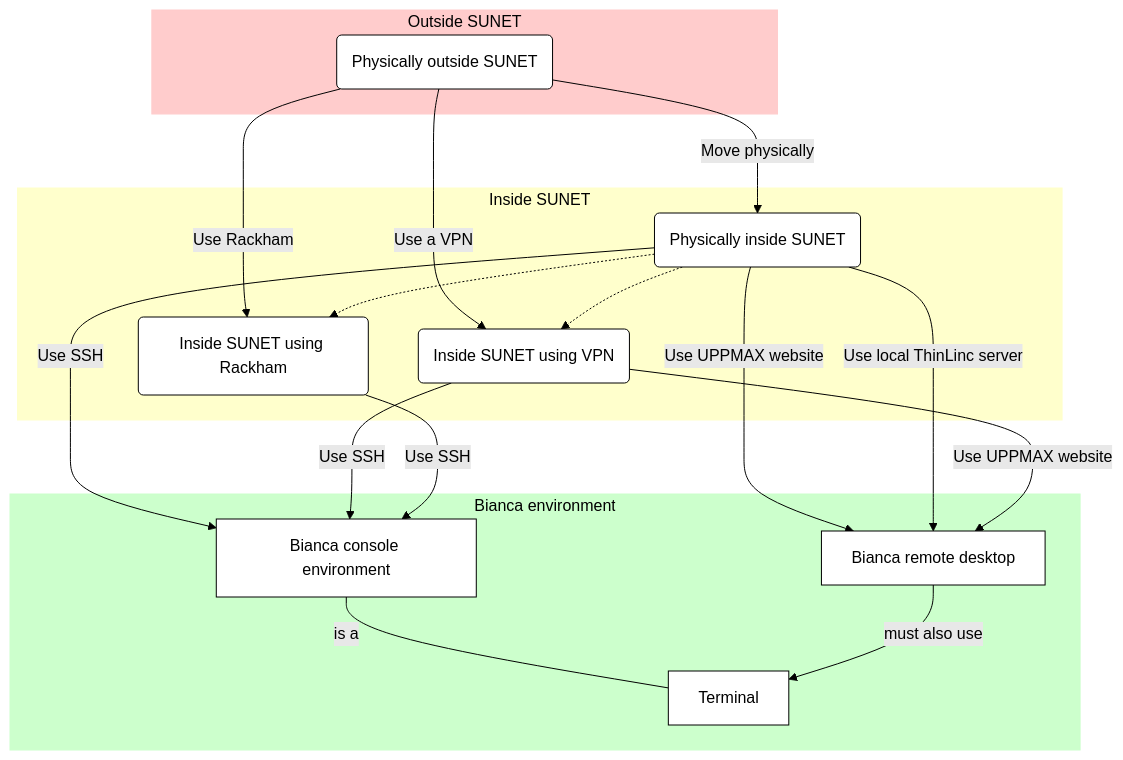
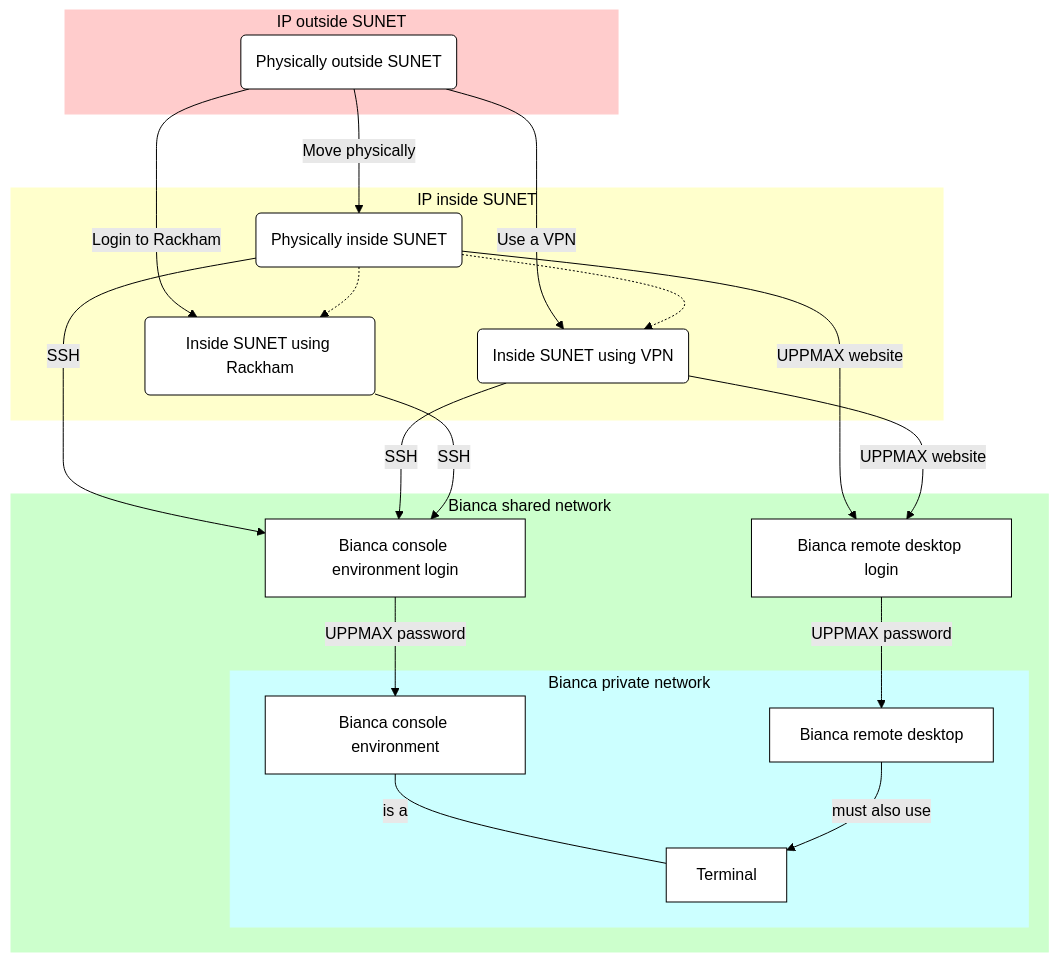
Before and after one commit to UPPMAX/UPPMAX-documentation: the fourth of 4 diagrams in docs/getting_started/login_bianca.md, drawn with Mermaid (forest theme). The commit also changed other lines of this file, not shown here.

Commit message:
Emphasize virtual private network more

````diff
--- a/docs/getting_started/login_bianca.md
+++ b/docs/getting_started/login_bianca.md
@@ -601,40 +627,57 @@
 ```mermaid
 flowchart TD
 
     %% Give a white background, instead of a transparent one
     classDef node fill:#fff,color:#000,stroke:#000
     classDef focus_node fill:#fff,color:#000,stroke:#000,stroke-width:4px
 
-    subgraph sub_outside[Outside SUNET]
+    subgraph sub_outside[IP outside SUNET]
       outside(Physically outside SUNET)
     end    
     style sub_outside fill:#fcc,color:#000,stroke:#fcc
 
-    subgraph sub_inside[Inside SUNET]
+    subgraph sub_inside[IP inside SUNET]
       physically_inside(Physically inside SUNET)
       inside_using_vpn(Inside SUNET using VPN)
       inside_using_rackham(Inside SUNET using Rackham)
     end
     style sub_inside fill:#ffc,color:#000,stroke:#ffc
 
-    subgraph sub_bianca_env[Bianca environment]
-      bianca_console[Bianca console environment]
-      bianca_remote_desktop[Bianca remote desktop] 
-      bianca_terminal[Terminal] 
+    subgraph sub_bianca_shared_env[Bianca shared network]
+      bianca_shared_console[Bianca console environment login]
+      bianca_shared_remote_desktop[Bianca remote desktop login] 
+      subgraph sub_bianca_private_env[Bianca private network]
+        bianca_private_console[Bianca console environment]
+        bianca_private_remote_desktop[Bianca remote desktop] 
+        bianca_private_terminal[Terminal] 
+      style sub_bianca_private_env fill:#cff,color:#000,stroke:#cff
+
+
+      end
+      style sub_bianca_private_env fill:#cff,color:#000,stroke:#cff
+
     end
-    style sub_bianca_env fill:#cfc,color:#000,stroke:#cfc
+    style sub_bianca_shared_env fill:#cfc,color:#000,stroke:#cfc
 
+    %% Outside SUNET
     outside-->|Move physically|physically_inside
     outside-->|Use a VPN|inside_using_vpn
-    outside-->|Use Rackham|inside_using_rackham
-    physically_inside-->|Use SSH|bianca_console
-    physically_inside-->|Use UPPMAX website|bianca_remote_desktop
-    physically_inside-->|Use local ThinLinc server|bianca_remote_desktop
+    outside-->|Login to Rackham|inside_using_rackham
+
+    %% Inside SUNET
+    physically_inside-->|SSH|bianca_shared_console
+    physically_inside-->|UPPMAX website|bianca_shared_remote_desktop
     physically_inside-.->inside_using_rackham
     physically_inside-.->inside_using_vpn
-    inside_using_vpn-->|Use SSH|bianca_console
-    inside_using_vpn-->|Use UPPMAX website|bianca_remote_desktop
-    inside_using_rackham-->|Use SSH|bianca_console
-    bianca_console---|is a|bianca_terminal
-    bianca_remote_desktop-->|must also use|bianca_terminal
+    inside_using_vpn-->|SSH|bianca_shared_console
+    inside_using_vpn-->|UPPMAX website|bianca_shared_remote_desktop
+    inside_using_rackham-->|SSH|bianca_shared_console
+
+    %% Shared Bianca
+    bianca_shared_console --> |UPPMAX password|bianca_private_console
+    bianca_shared_remote_desktop-->|UPPMAX password|bianca_private_remote_desktop
+
+    %% Private Bianca
+    bianca_private_console---|is a|bianca_private_terminal
+    bianca_private_remote_desktop-->|must also use|bianca_private_terminal
 ```
````
